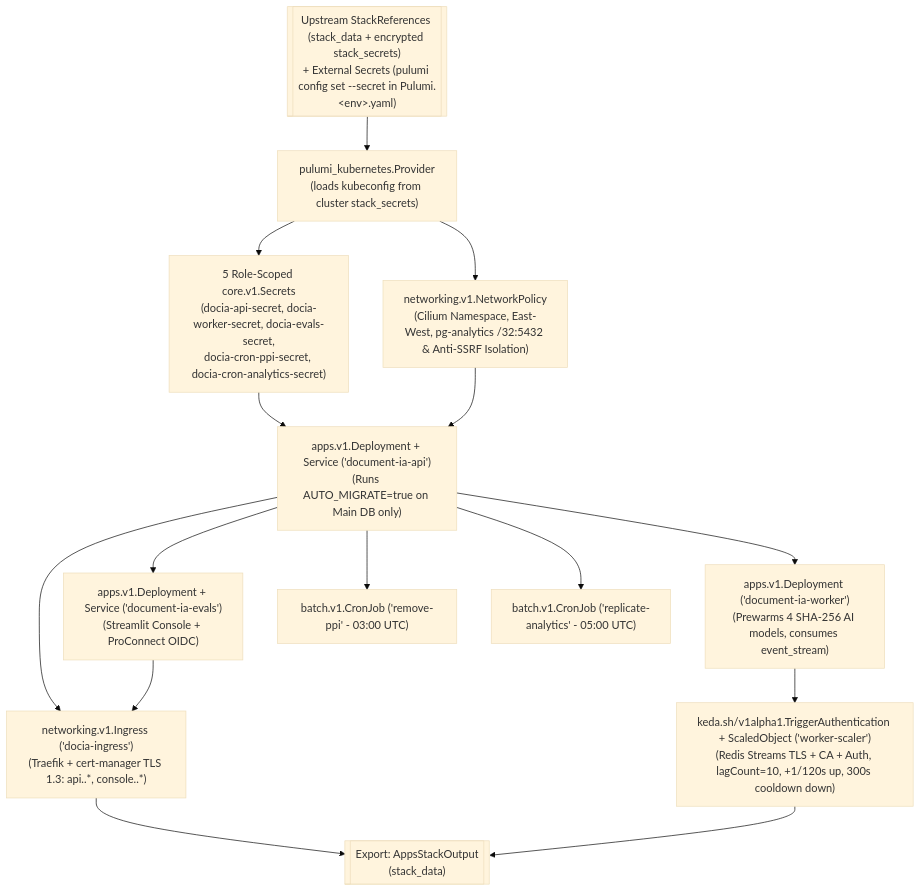
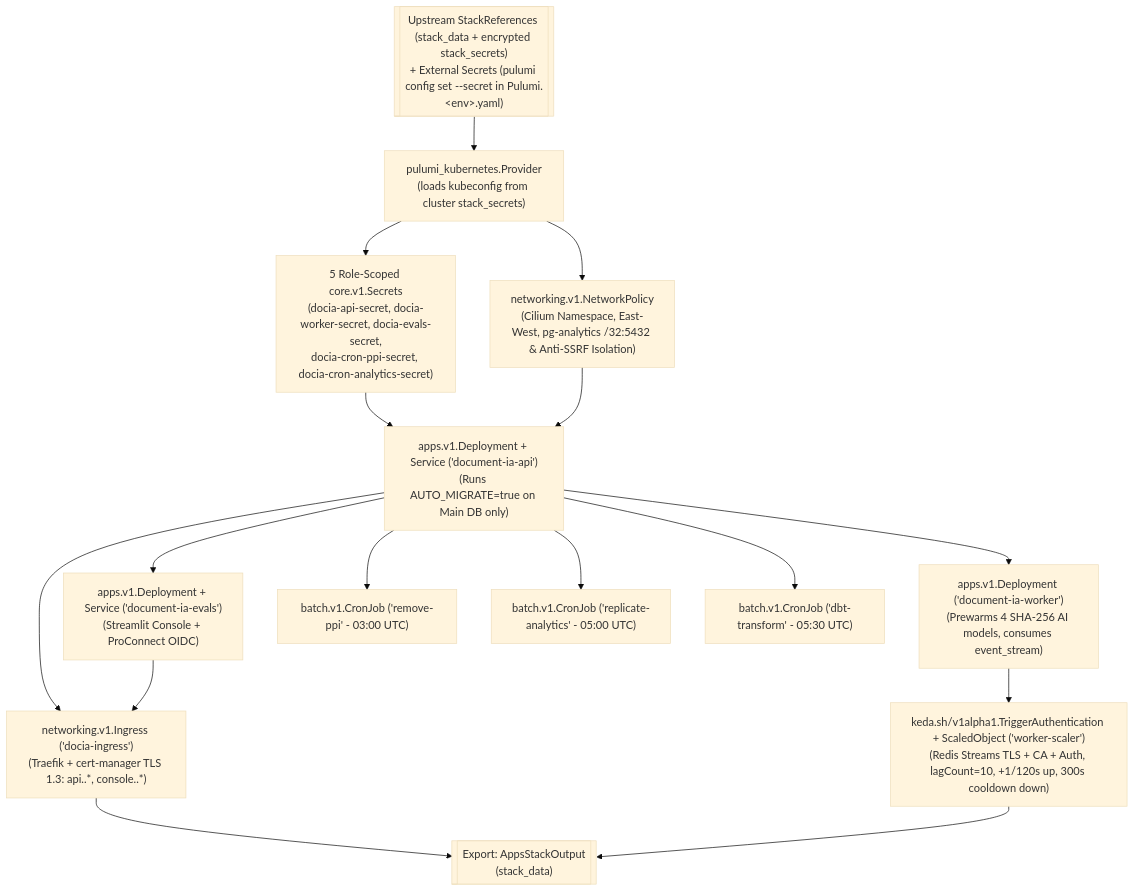
Before and after one commit to etalab-ia/document-ia-infra: diagram 17 of 17 in docs/ARCHITECTURE.md, drawn with Mermaid (base theme). The commit also changed other lines of this file, not shown here.

Commit message:
docs(architecture): add in-VPC dbt-core CronJob replacing dbt Cloud

````diff
--- a/docs/ARCHITECTURE.md
+++ b/docs/ARCHITECTURE.md
@@ -1280,24 +1289,25 @@
 ```mermaid
 flowchart TB
     REFS[["Upstream StackReferences (stack_data + encrypted stack_secrets)<br/>+ External Secrets (pulumi config set --secret in Pulumi.&lt;env&gt;.yaml)"]]
 
     K_PROV["pulumi_kubernetes.Provider<br/>(loads kubeconfig from cluster stack_secrets)"]
     K_SEC["5 Role-Scoped core.v1.Secrets<br/>(docia-api-secret, docia-worker-secret, docia-evals-secret,<br/>docia-cron-ppi-secret, docia-cron-analytics-secret)"]
     NETPOL["networking.v1.NetworkPolicy<br/>(Cilium Namespace, East-West, pg-analytics /32:5432 & Anti-SSRF Isolation)"]
 
     DEPLOY_API["apps.v1.Deployment + Service ('document-ia-api')<br/>(Runs AUTO_MIGRATE=true on Main DB only)"]
     DEPLOY_WRK["apps.v1.Deployment ('document-ia-worker')<br/>(Prewarms 4 SHA-256 AI models, consumes event_stream)"]
     KEDA_SO["keda.sh/v1alpha1.TriggerAuthentication + ScaledObject ('worker-scaler')<br/>(Redis Streams TLS + CA + Auth, lagCount=10, +1/120s up, 300s cooldown down)"]
     DEPLOY_EVALS["apps.v1.Deployment + Service ('document-ia-evals')<br/>(Streamlit Console + ProConnect OIDC)"]
     CRON_1["batch.v1.CronJob ('remove-ppi' - 03:00 UTC)"]
     CRON_2["batch.v1.CronJob ('replicate-analytics' - 05:00 UTC)"]
+    CRON_3["batch.v1.CronJob ('dbt-transform' - 05:30 UTC)"]
     ING_RULES["networking.v1.Ingress ('docia-ingress')<br/>(Traefik + cert-manager TLS 1.3: api.<env>.*, console.<env>.*)"]
 
     REFS --> K_PROV
     K_PROV --> K_SEC & NETPOL
     K_SEC & NETPOL --> DEPLOY_API
-    DEPLOY_API --> DEPLOY_WRK & DEPLOY_EVALS & CRON_1 & CRON_2
+    DEPLOY_API --> DEPLOY_WRK & DEPLOY_EVALS & CRON_1 & CRON_2 & CRON_3
     DEPLOY_WRK --> KEDA_SO
     DEPLOY_API & DEPLOY_EVALS --> ING_RULES
     ING_RULES & KEDA_SO --> OUT[["Export: AppsStackOutput<br/>(stack_data)"]]
 ```
````
